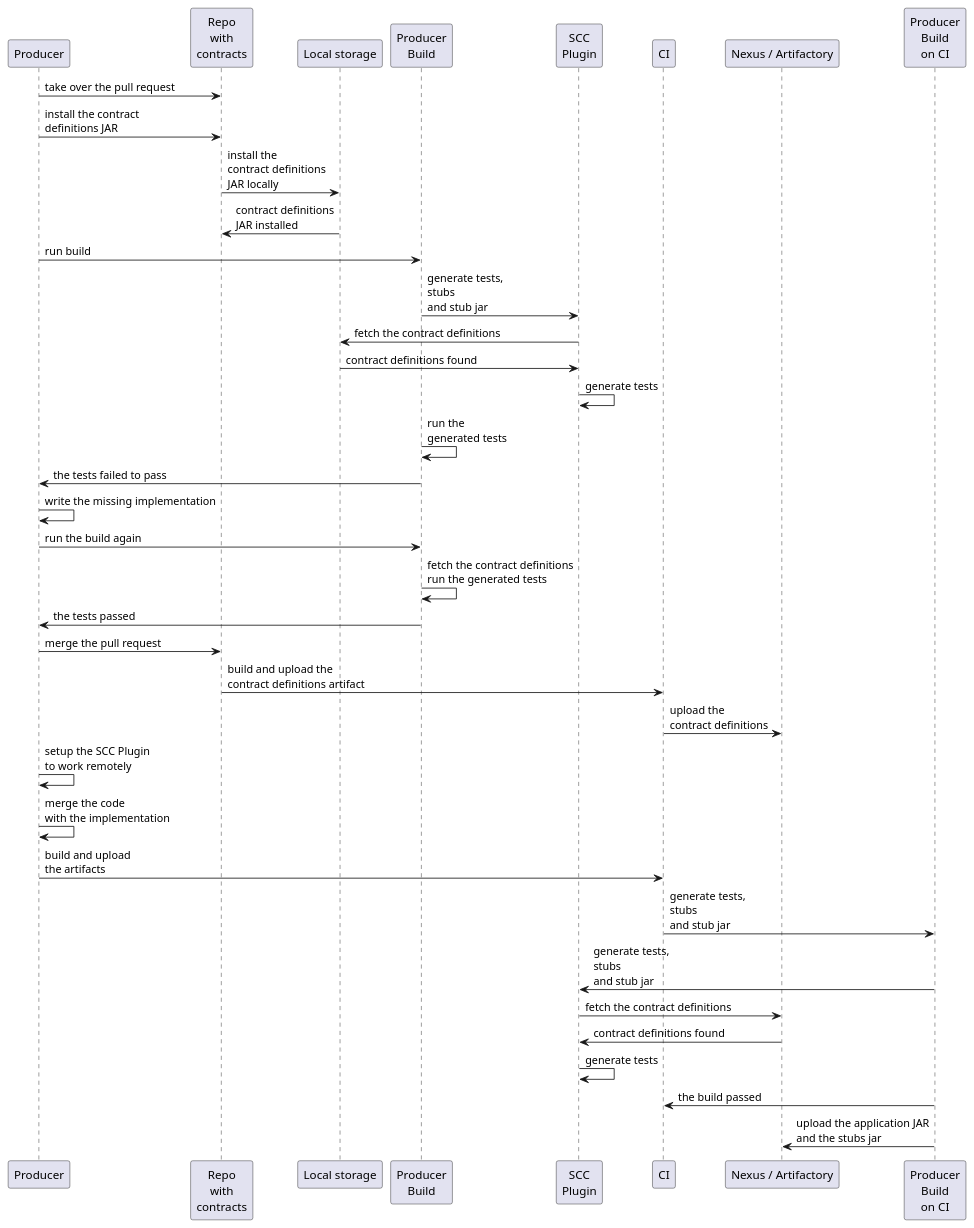
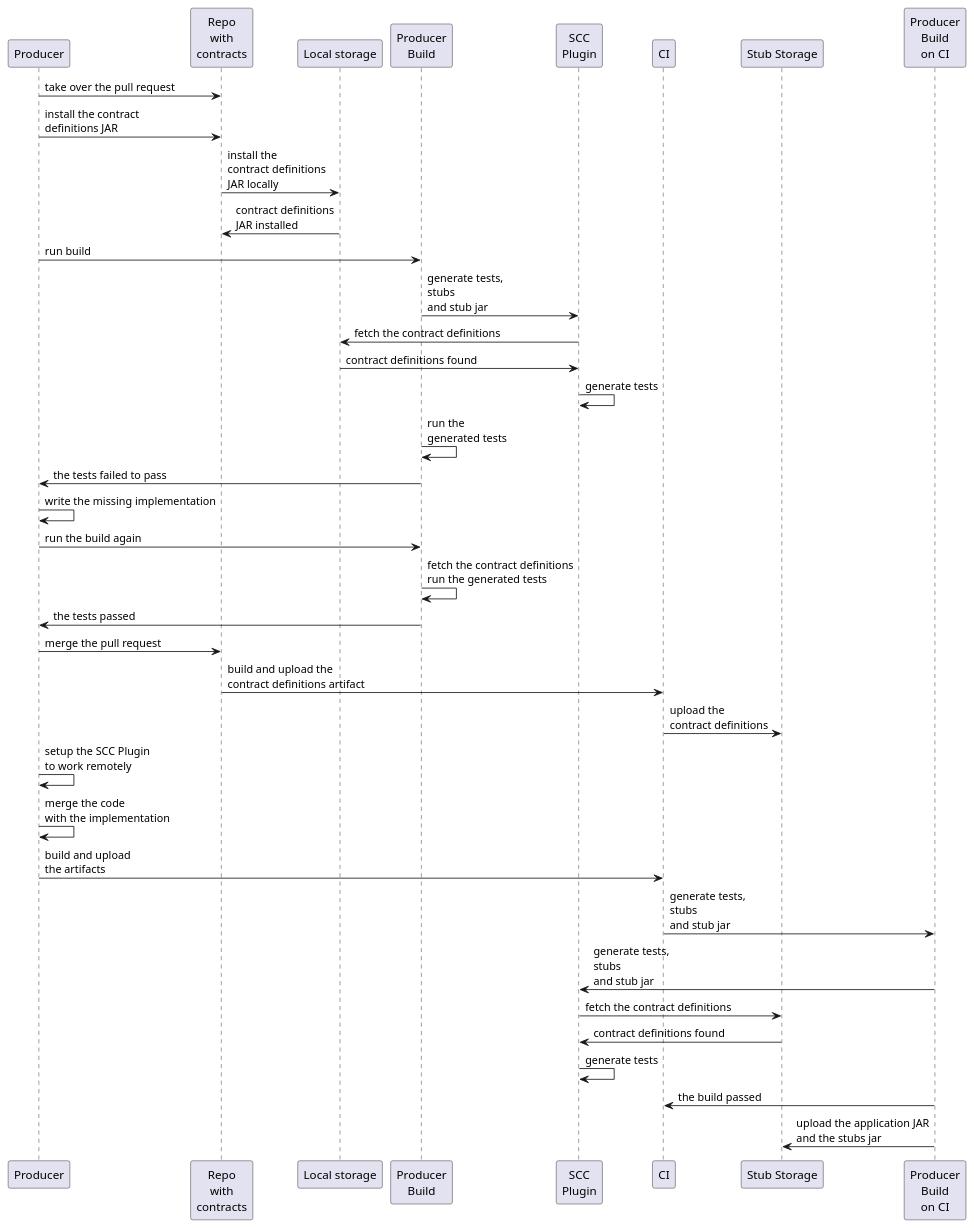
Before and after one commit to spring-cloud/spring-cloud-contract: the second of 2 diagrams in docs/src/main/asciidoc/using.adoc, drawn with PlantUML. The commit also changed other lines of this file and 4 other files, not shown here.

```diff
--- a/docs/src/main/asciidoc/using.adoc
+++ b/docs/src/main/asciidoc/using.adoc
@@ -219,31 +363,31 @@
 [plantuml, flow-overview-consumer-cdc-external-producer, png]
 ----
 "Producer"->"Repo\nwith\ncontracts": take over the pull request
 "Producer"->"Repo\nwith\ncontracts": install the contract\ndefinitions JAR
 "Repo\nwith\ncontracts"->"Local storage": install the\ncontract definitions\nJAR locally
 "Local storage"->"Repo\nwith\ncontracts": contract definitions\nJAR installed
 "Producer"->"Producer\nBuild": run build
 "Producer\nBuild"->"SCC\nPlugin": generate tests,\nstubs\nand stub jar
 "SCC\nPlugin"->"Local storage": fetch the contract definitions
 "Local storage"->"SCC\nPlugin": contract definitions found
 "SCC\nPlugin"->"SCC\nPlugin": generate tests
 "Producer\nBuild"->"Producer\nBuild": run the\ngenerated tests
 "Producer\nBuild"->"Producer": the tests failed to pass
 "Producer"->"Producer": write the missing implementation
 "Producer"->"Producer\nBuild": run the build again
 "Producer\nBuild"->"Producer\nBuild": fetch the contract definitions\nrun the generated tests
 "Producer\nBuild"->"Producer": the tests passed
 "Producer"->"Repo\nwith\ncontracts": merge the pull request
 "Repo\nwith\ncontracts"->"CI": build and upload the\ncontract definitions artifact
-"CI"->"Nexus / Artifactory": upload the\ncontract definitions
+"CI"->"Stub Storage": upload the\ncontract definitions
 "Producer"->"Producer": setup the SCC Plugin\nto work remotely
 "Producer"->"Producer": merge the code\nwith the implementation
 "Producer"->"CI": build and upload\nthe artifacts
 "CI"->"Producer\nBuild\non CI": generate tests,\nstubs\nand stub jar
 "Producer\nBuild\non CI"->"SCC\nPlugin": generate tests,\nstubs\nand stub jar
-"SCC\nPlugin"->"Nexus / Artifactory": fetch the contract definitions
-"Nexus / Artifactory"->"SCC\nPlugin": contract definitions found
+"SCC\nPlugin"->"Stub Storage": fetch the contract definitions
+"Stub Storage"->"SCC\nPlugin": contract definitions found
 "SCC\nPlugin"->"SCC\nPlugin": generate tests
 "Producer\nBuild\non CI"->"CI": the build passed
-"Producer\nBuild\non CI"->"Nexus / Artifactory": upload the application JAR\nand the stubs jar
+"Producer\nBuild\non CI"->"Stub Storage": upload the application JAR\nand the stubs jar
 ----
```
